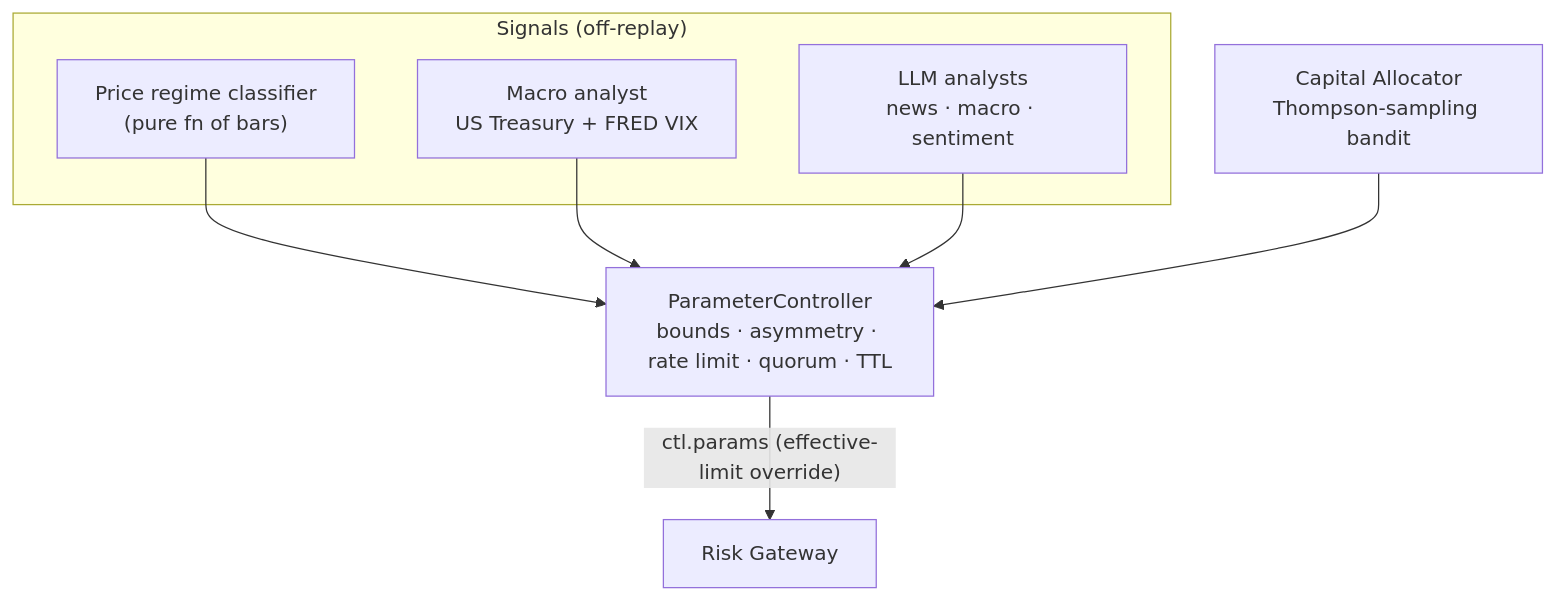
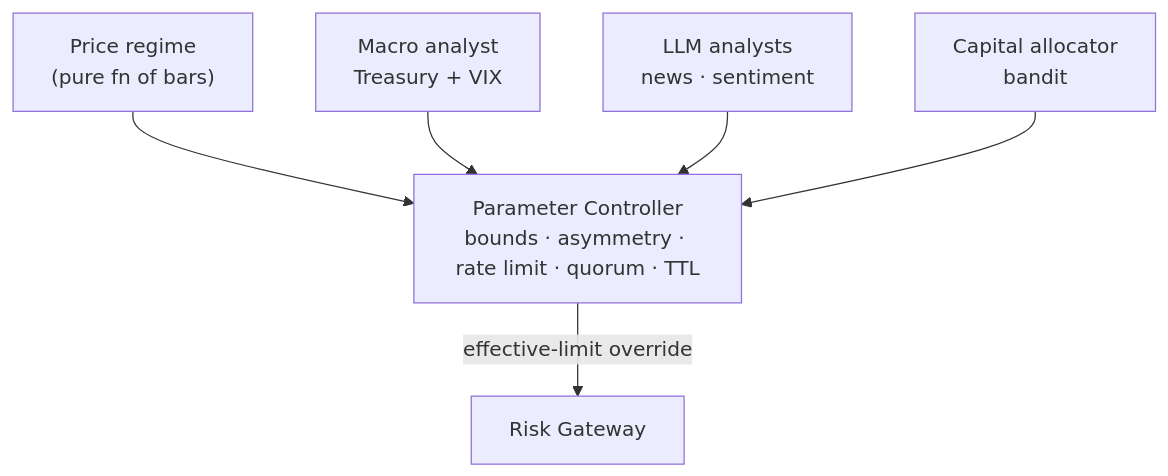
The fourth of 7 diagrams in docs/ARCHITECTURE.md (abrar99966/Multi-Agent-Enterprise-Trading-Bot), drawn with Mermaid before and after one commit. The commit also changed other lines of this file, not shown here.

First line of the commit message:
docs: final professional polish of ARCHITECTURE.md

````diff
--- a/docs/ARCHITECTURE.md
+++ b/docs/ARCHITECTURE.md
@@ -228,14 +238,9 @@
 ```mermaid
 graph TB
-    subgraph SOURCES["Signals (off-replay)"]
-        PRICE["Price regime classifier<br/>(pure fn of bars)"]
-        MACRO["Macro analyst<br/>US Treasury + FRED VIX"]
-        NEWS["LLM analysts<br/>news · macro · sentiment"]
-    end
-    PC["ParameterController<br/>bounds · asymmetry · rate limit · quorum · TTL"]
-    PRICE --> PC
-    MACRO --> PC
-    NEWS --> PC
-    PC -->|"ctl.params (effective-limit override)"| RG["Risk Gateway"]
-    ALLOC["Capital Allocator<br/>Thompson-sampling bandit"] --> PC
+    PRICE["Price regime<br/>(pure fn of bars)"] --> PC
+    MACRO["Macro analyst<br/>Treasury + VIX"] --> PC
+    NEWS["LLM analysts<br/>news · sentiment"] --> PC
+    ALLOC["Capital allocator<br/>bandit"] --> PC
+    PC["Parameter Controller<br/>bounds · asymmetry · rate limit · quorum · TTL"]
+    PC -->|effective-limit override| RG["Risk Gateway"]
 ```
````
